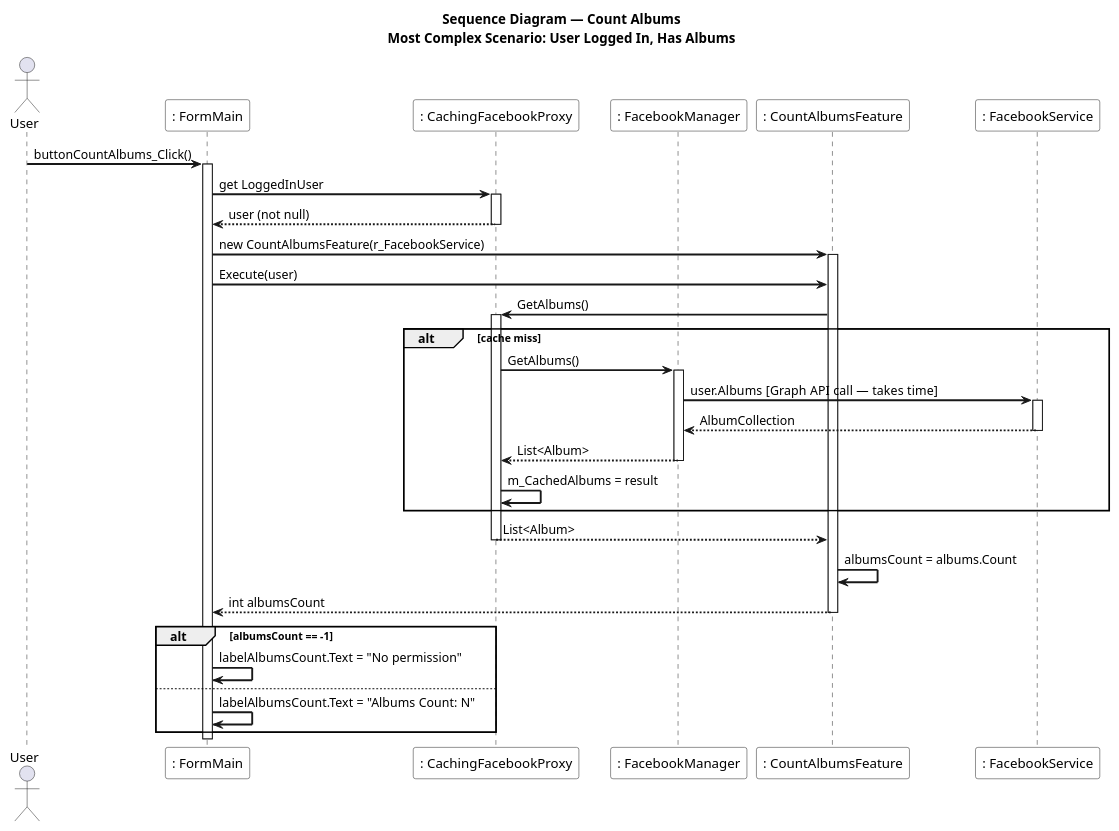
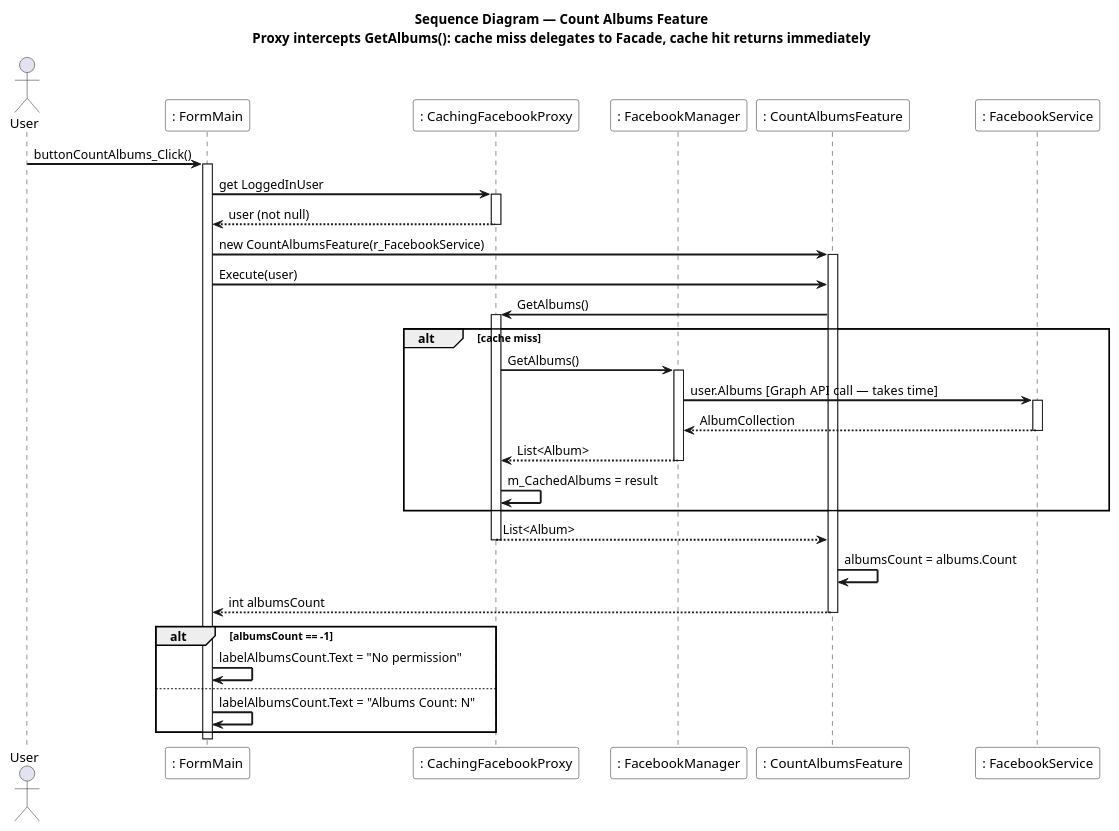
Before and after one commit to LotemKimchi/Application-Programming-Using-Design-Patterns: the diagram in Project2/B26 Ex02 LotemKimchi 318173481 ShaniSalomon 208573683/uml/seq_count_albums.puml, drawn with PlantUML. The commit also changed 2 other files, not shown here.

Commit message:
Update sequence diagram titles to reflect each diagram's purpose
- seq_proxy_facade: remove 'Facade' from title (now has dedicated seq_facade.puml)
- seq_count_albums: clarify it demonstrates Proxy cache miss/hit behavior
- seq_most_commented_photo: remove outdated 'New Use Case' label from Ex01

```diff
--- a/Project2/B26 Ex02 LotemKimchi 318173481 ShaniSalomon 208573683/uml/seq_count_albums.puml
+++ b/Project2/B26 Ex02 LotemKimchi 318173481 ShaniSalomon 208573683/uml/seq_count_albums.puml
@@ -1,56 +1,56 @@
 @startuml SequenceDiagram_CountAlbums
-title Sequence Diagram — Count Albums\nMost Complex Scenario: User Logged In, Has Albums
+title Sequence Diagram — Count Albums Feature\nProxy intercepts GetAlbums(): cache miss delegates to Facade, cache hit returns immediately
 
 skinparam sequenceArrowThickness 2
 skinparam sequenceParticipantBackgroundColor White
 
 actor       "User"  as User
 
 participant ": FormMain"                as FM
 participant ": CachingFacebookProxy"    as Proxy
 participant ": FacebookManager"         as Facade
 participant ": CountAlbumsFeature"      as CAF
 participant ": FacebookService"         as SDK
 
 User  ->  FM    : buttonCountAlbums_Click()
 activate FM
 
 FM    ->  Proxy : get LoggedInUser
 activate Proxy
 Proxy --> FM    : user (not null)
 deactivate Proxy
 
 FM    ->  CAF   : new CountAlbumsFeature(r_FacebookService)
 activate CAF
 FM    ->  CAF   : Execute(user)
 
 CAF   ->  Proxy : GetAlbums()
 activate Proxy
 
 alt cache miss
     Proxy ->  Facade : GetAlbums()
     activate Facade
     Facade ->  SDK   : user.Albums  [Graph API call — takes time]
     activate SDK
     SDK  -->  Facade : AlbumCollection
     deactivate SDK
     Facade --> Proxy  : List<Album>
     deactivate Facade
     Proxy ->  Proxy  : m_CachedAlbums = result
 end
 
 Proxy --> CAF   : List<Album>
 deactivate Proxy
 
 CAF   ->  CAF   : albumsCount = albums.Count
 CAF  --> FM     : int albumsCount
 deactivate CAF
 
 alt albumsCount == -1
     FM -> FM : labelAlbumsCount.Text = "No permission"
 else
     FM -> FM : labelAlbumsCount.Text = "Albums Count: N"
 end
 
 deactivate FM
 @enduml
```
